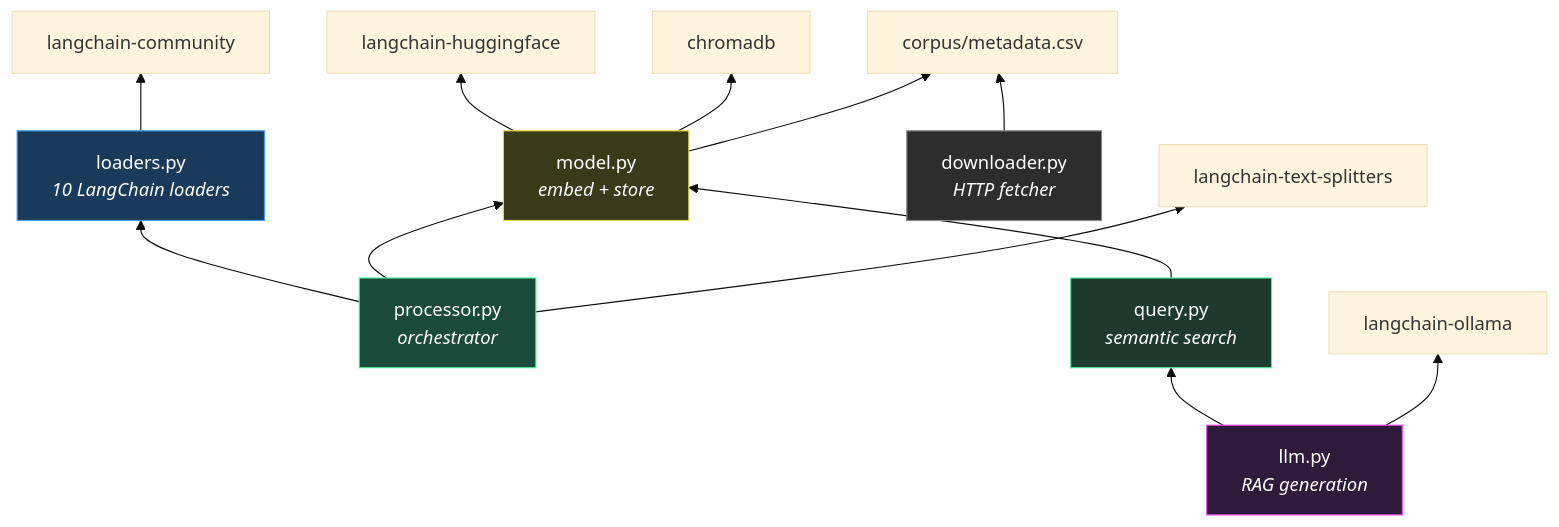
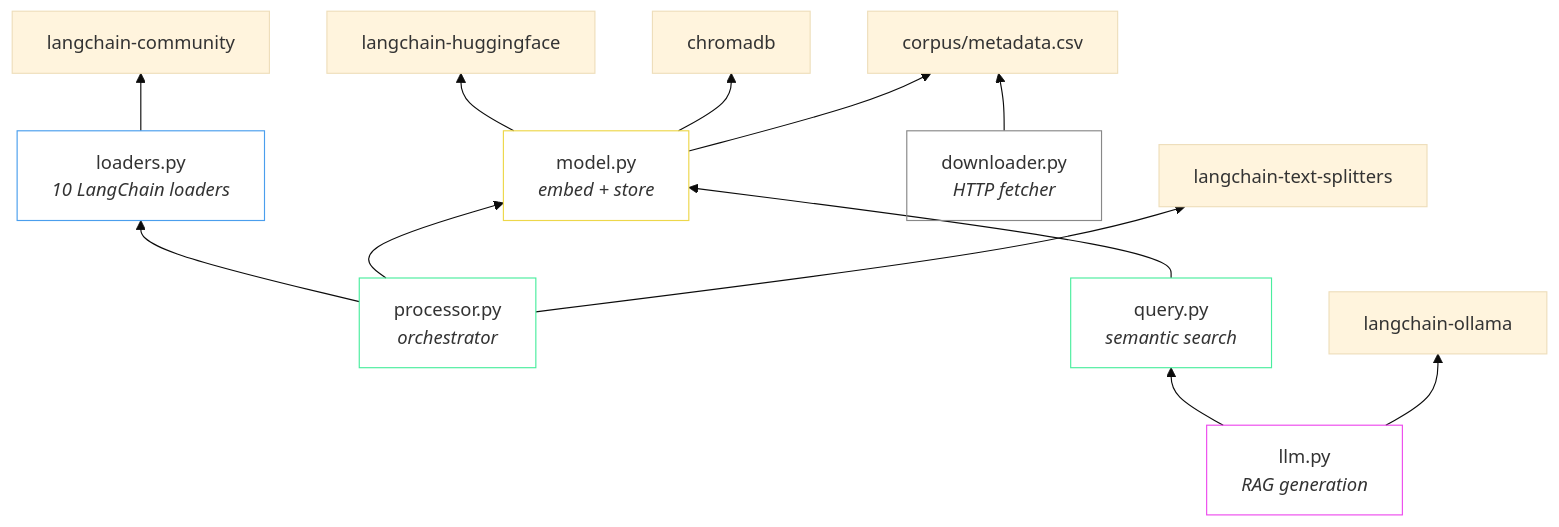
One commit to garthmortensen/rag_v1 changed the fifth of 5 diagrams in docs/architecture.md. Above: the diagram before and after it, drawn with Mermaid (base theme). The commit also changed other lines of this file and 15 other files, not shown here.

````diff
--- a/docs/architecture.md
+++ b/docs/architecture.md
@@ -357,34 +357,34 @@
 ```mermaid
 graph BT
     PROC["processor.py<br/><i>orchestrator</i>"]
     LOAD["loaders.py<br/><i>10 LangChain loaders</i>"]
     MODEL["model.py<br/><i>embed + store</i>"]
     DL["downloader.py<br/><i>HTTP fetcher</i>"]
     QUERY["query.py<br/><i>semantic search</i>"]
     GEN["llm.py<br/><i>RAG generation</i>"]
 
     LC_SPLIT["langchain-text-splitters"]
     LC_COMM["langchain-community"]
     LC_HF["langchain-huggingface"]
     LC_OL["langchain-ollama"]
     CHROMA["chromadb"]
 
     PROC --> LOAD
     PROC --> MODEL
     LOAD --> LC_COMM
     PROC --> LC_SPLIT
     MODEL --> LC_HF
     MODEL --> CHROMA
     QUERY --> MODEL
     GEN --> QUERY
     GEN --> LC_OL
     DL --> META_CSV["corpus/metadata.csv"]
     MODEL --> META_CSV
 
-    style PROC fill:#1a4a3a,stroke:#4aed9e,color:#fff
-    style LOAD fill:#1a3a5c,stroke:#4a9eed,color:#fff
-    style MODEL fill:#3a3a1a,stroke:#edd74a,color:#fff
-    style DL fill:#2d2d2d,stroke:#888,color:#fff
-    style QUERY fill:#1e3a2e,stroke:#4aed9e,color:#fff
-    style GEN fill:#2e1a3a,stroke:#ed4aed,color:#fff
+    style PROC fill:none,stroke:#4aed9e
+    style LOAD fill:none,stroke:#4a9eed
+    style MODEL fill:none,stroke:#edd74a
+    style DL fill:none,stroke:#888
+    style QUERY fill:none,stroke:#4aed9e
+    style GEN fill:none,stroke:#ed4aed
 ```
````
